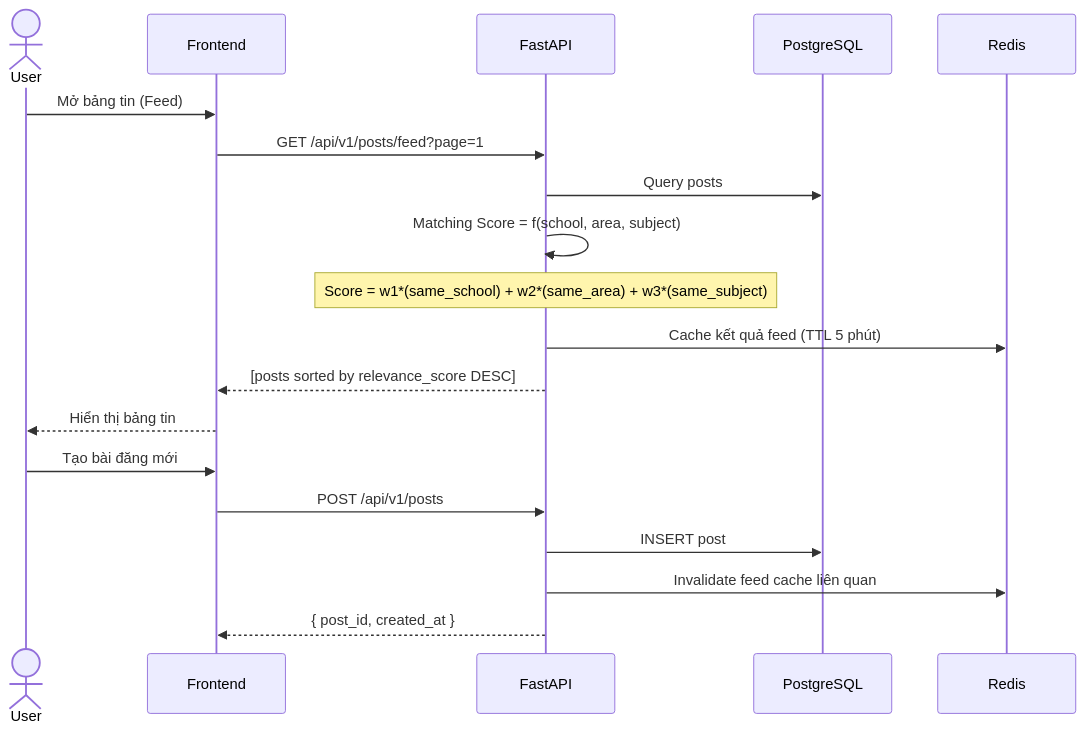
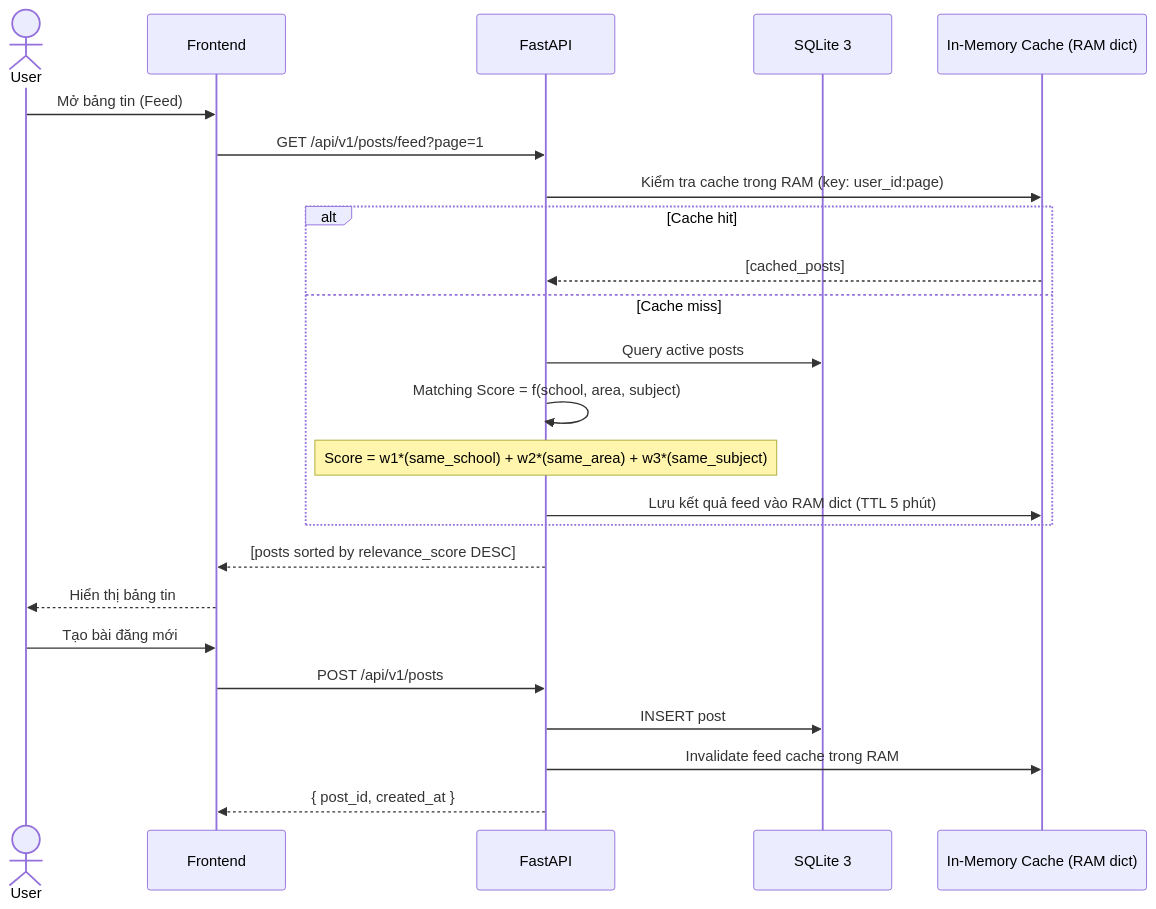
Before and after one commit to TIN314-Nhom10/forfriend: the third of 6 diagrams in docs/01-architecture.md, drawn with Mermaid. The commit also changed other lines of this file and 15 other files, not shown here.

````diff
--- a/docs/01-architecture.md
+++ b/docs/01-architecture.md
@@ -68,23 +68,28 @@
 ```mermaid
 sequenceDiagram
     actor U as User
     participant FE as Frontend
     participant BE as FastAPI
-    participant DB as PostgreSQL
-    participant RD as Redis
+    participant DB as SQLite 3
+    participant MC as In-Memory Cache (RAM dict)
 
     U->>FE: Mở bảng tin (Feed)
     FE->>BE: GET /api/v1/posts/feed?page=1
-    BE->>DB: Query posts
-    BE->>BE: Matching Score = f(school, area, subject)
-    Note over BE: Score = w1*(same_school) + w2*(same_area) + w3*(same_subject)
-    BE->>RD: Cache kết quả feed (TTL 5 phút)
+    BE->>MC: Kiểm tra cache trong RAM (key: user_id:page)
+    alt Cache hit
+        MC-->>BE: [cached_posts]
+    else Cache miss
+        BE->>DB: Query active posts
+        BE->>BE: Matching Score = f(school, area, subject)
+        Note over BE: Score = w1*(same_school) + w2*(same_area) + w3*(same_subject)
+        BE->>MC: Lưu kết quả feed vào RAM dict (TTL 5 phút)
+    end
     BE-->>FE: [posts sorted by relevance_score DESC]
     FE-->>U: Hiển thị bảng tin
 
     U->>FE: Tạo bài đăng mới
     FE->>BE: POST /api/v1/posts
     BE->>DB: INSERT post
-    BE->>RD: Invalidate feed cache liên quan
+    BE->>MC: Invalidate feed cache trong RAM
     BE-->>FE: { post_id, created_at }
 ```
````
